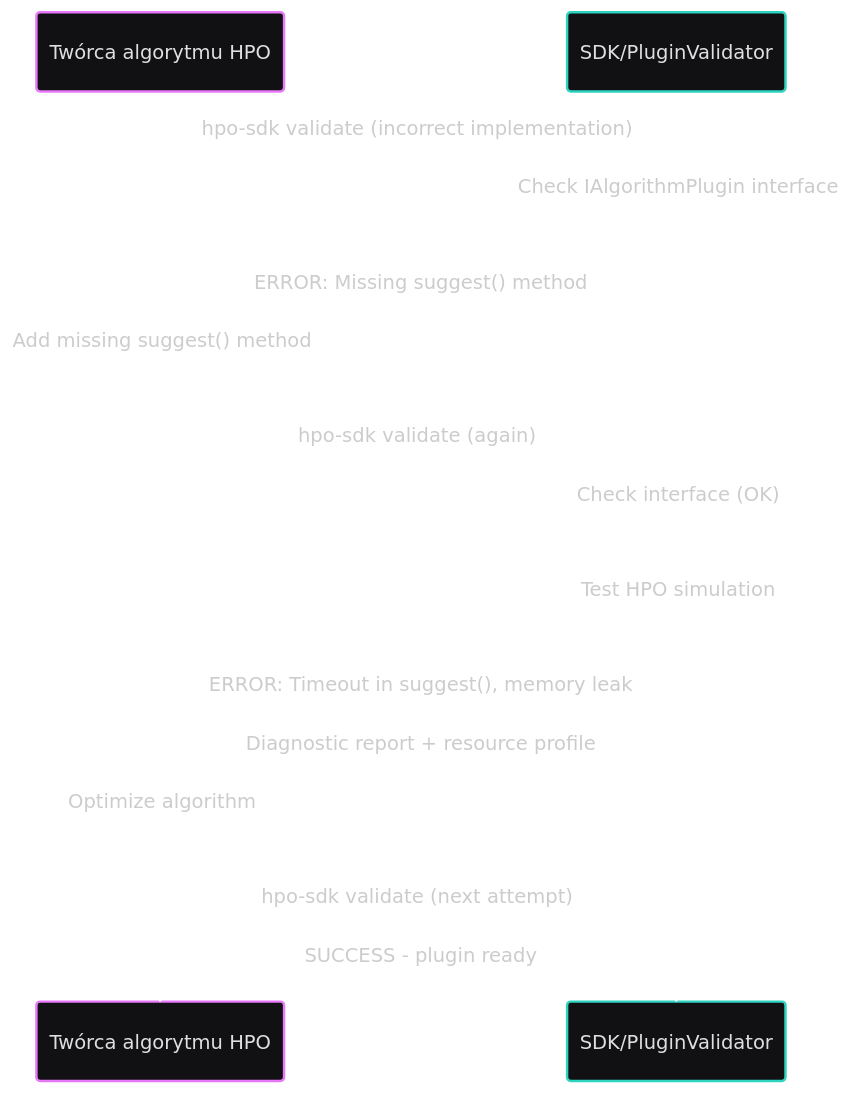
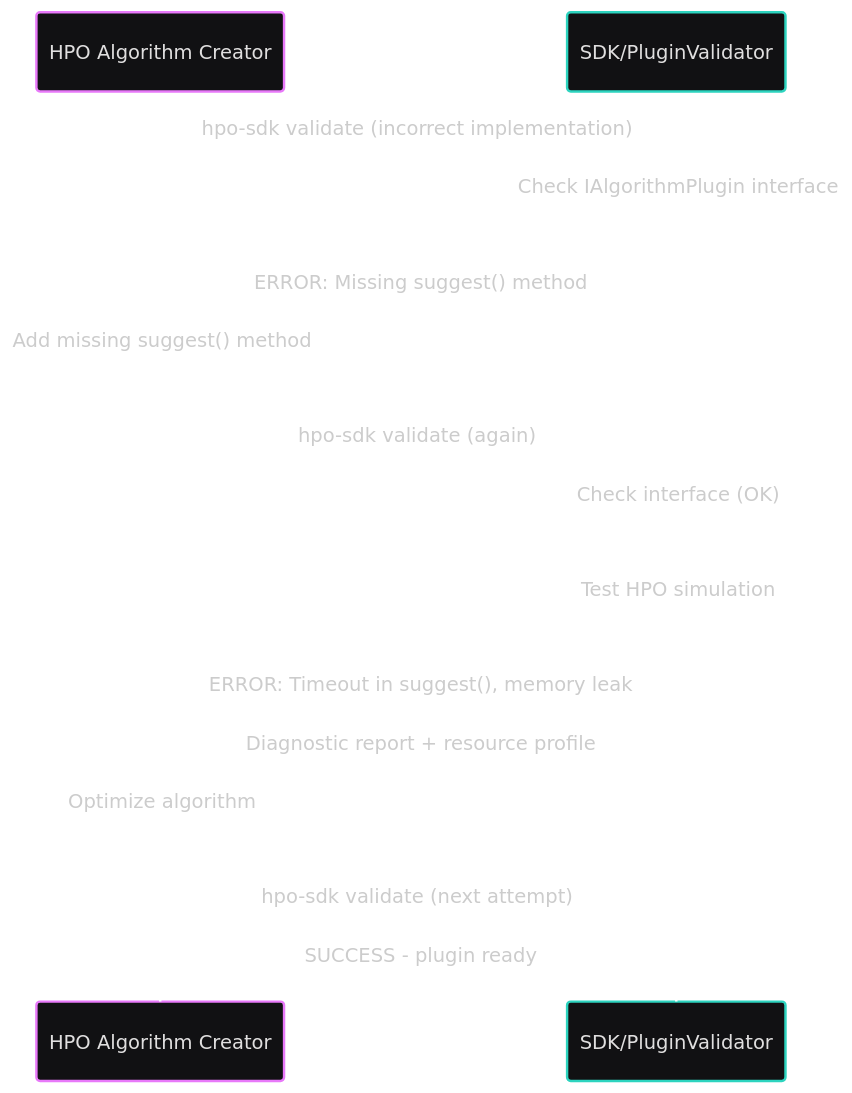
The tenth of 33 diagrams in docs/requirements/use-cases.md (jedrzejpolaczek/aviarium.corvidae.corvus_corone), drawn with Mermaid before and after one commit. The commit also changed other lines of this file and 12 other files, not shown here.

````diff
--- a/docs/requirements/use-cases.md
+++ b/docs/requirements/use-cases.md
@@ -475,21 +475,21 @@
 ```mermaid
 ---
 config:
   theme: redux-dark-color
 ---
 sequenceDiagram
-    participant A2 as Twórca algorytmu HPO
+    participant A2 as HPO Algorithm Creator
     participant SDK as SDK/PluginValidator
     A2->>SDK: hpo-sdk validate (incorrect implementation)
     SDK->>SDK: Check IAlgorithmPlugin interface
     SDK-->>A2: ERROR: Missing suggest() method
     A2->>A2: Add missing suggest() method
     A2->>SDK: hpo-sdk validate (again)
     SDK->>SDK: Check interface (OK)
     SDK->>SDK: Test HPO simulation
     SDK-->>A2: ERROR: Timeout in suggest(), memory leak
     SDK-->>A2: Diagnostic report + resource profile
     A2->>A2: Optimize algorithm
     A2->>SDK: hpo-sdk validate (next attempt)
     SDK-->>A2: SUCCESS - plugin ready
 ```
````
